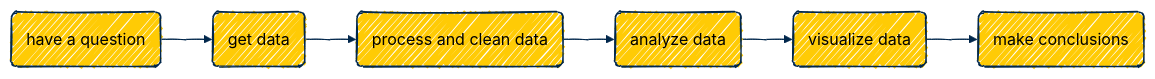
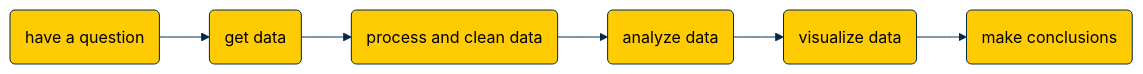
Before and after one commit to agrogan1/Stata: the diagram in do-files/README.md, drawn with Mermaid.

````diff
--- a/do-files/README.md
+++ b/do-files/README.md
@@ -3,25 +3,24 @@
 ```mermaid
 %%{
   init: {
     'theme': 'base',
-    'look': 'handDrawn',
     'themeVariables': {
       'primaryColor': '#FFCB05',
       'primaryTextColor': '#000000',
       'primaryBorderColor': '#00274C',
       'lineColor': '#00274C',
       'secondaryColor': '#00274C',
       'secondaryTextColor': '#000000',
       'tertiaryColor': '#F2F2F2',
       'tertiaryBorderColor': '#00274C'
     }
   }
 }%%
 
 flowchart LR
   A(have a question) --> B(get data)
   B --> C(process and clean data) 
   C --> D(analyze data)
   D --> E(visualize data)
   E --> F(make conclusions)
 ```
````
